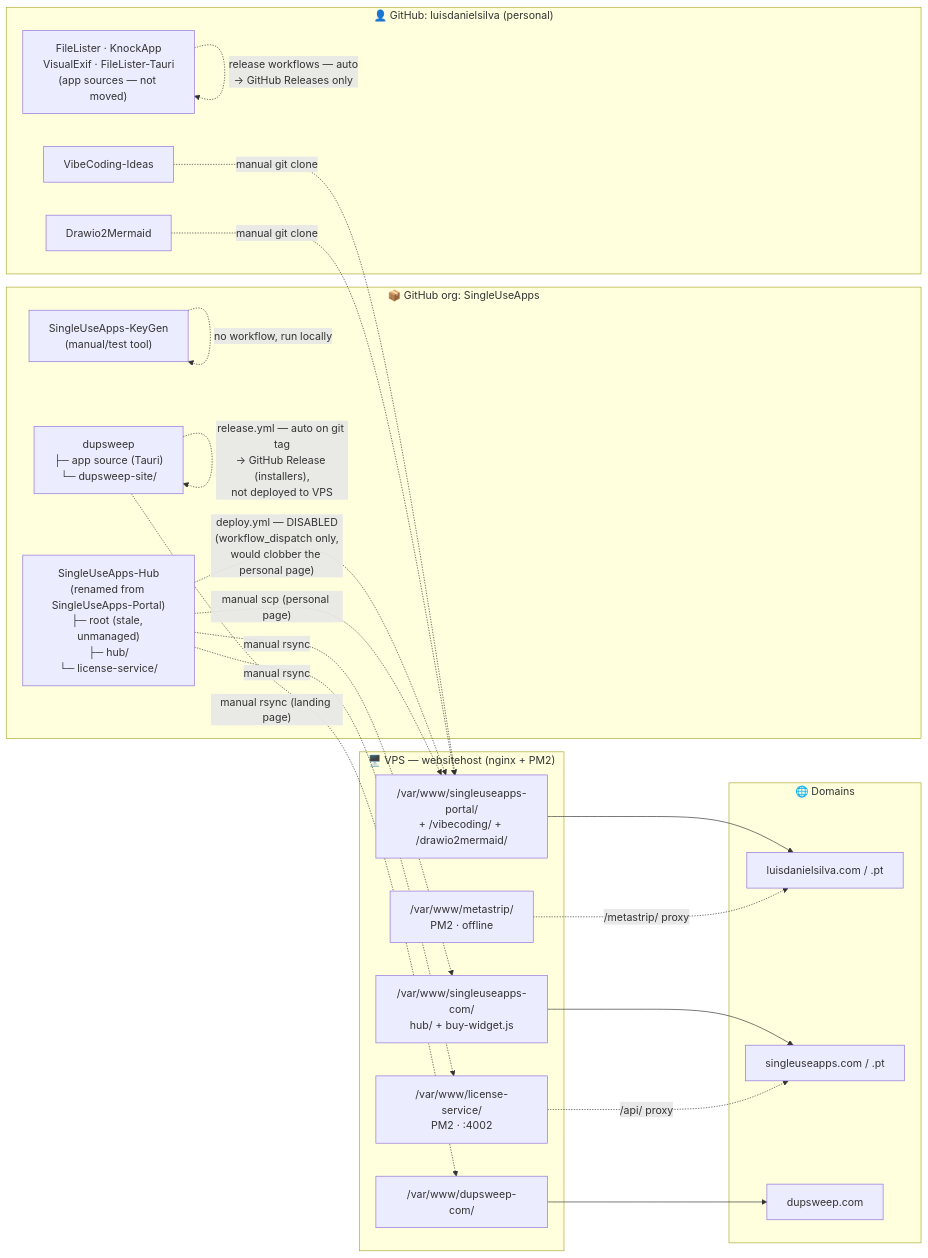
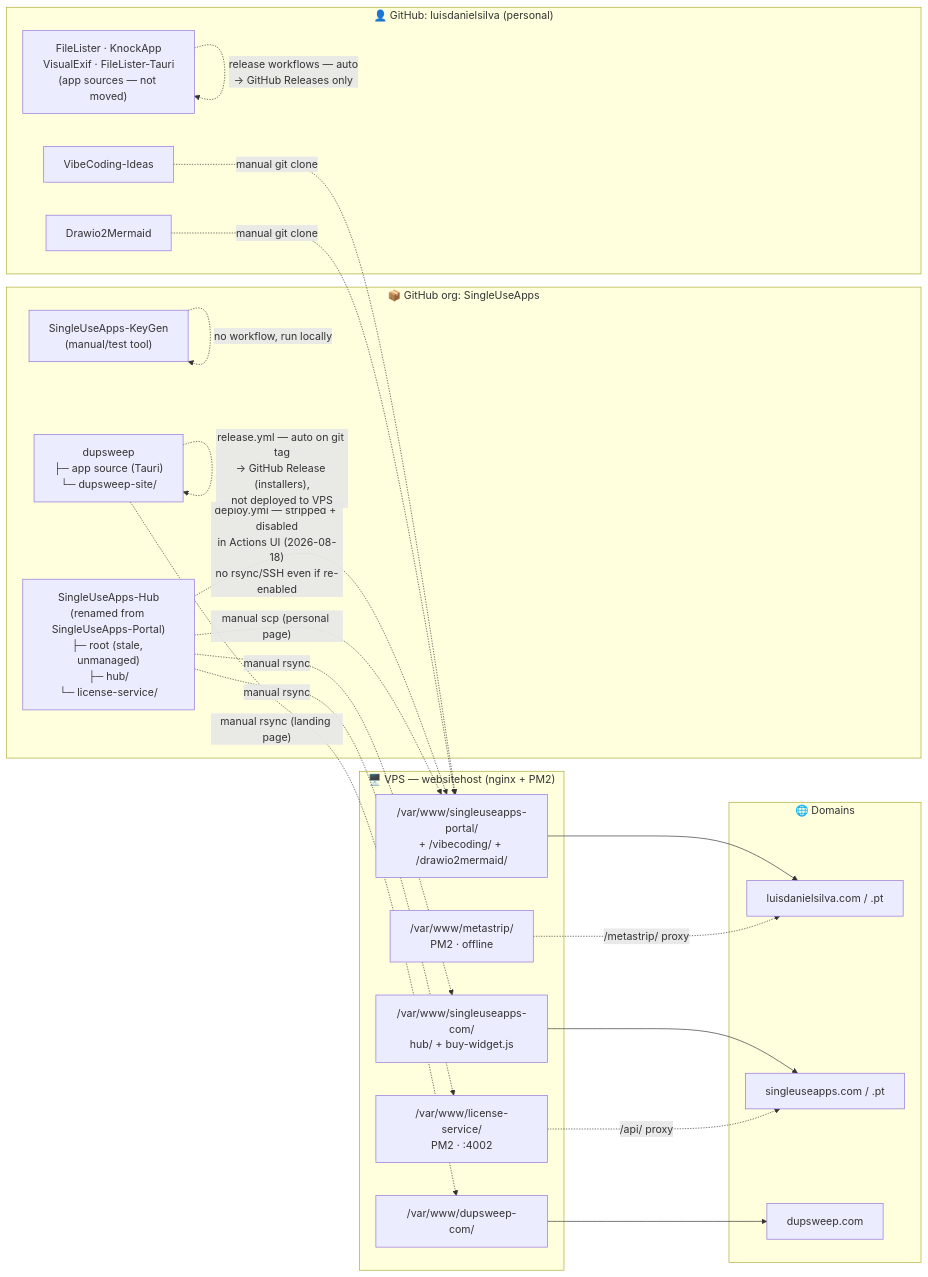
Before and after one commit to SingleUseApps/SingleUseApps-Hub: the second of 2 diagrams in plan - singleuseappsportal.md, drawn with Mermaid. The commit also changed other lines of this file, not shown here.

First line of the commit message:
docs: refresh plan to current org and disabled workflows

````diff
--- a/plan - singleuseappsportal.md
+++ b/plan - singleuseappsportal.md
@@ -290,46 +296,46 @@
 ```mermaid
 flowchart LR
     subgraph Org["📦 GitHub org: SingleUseApps"]
         Hub["SingleUseApps-Hub<br/>(renamed from SingleUseApps-Portal)<br/>├─ root (stale, unmanaged)<br/>├─ hub/<br/>└─ license-service/"]
         DupSweepRepo["dupsweep<br/>├─ app source (Tauri)<br/>└─ dupsweep-site/"]
         KeyGenRepo["SingleUseApps-KeyGen<br/>(manual/test tool)"]
     end
 
     subgraph Personal["👤 GitHub: luisdanielsilva (personal)"]
         OtherApps["FileLister · KnockApp<br/>VisualExif · FileLister-Tauri<br/>(app sources — not moved)"]
         VibeRepo["VibeCoding-Ideas"]
         DrawioRepo["Drawio2Mermaid"]
     end
 
     subgraph VPS["🖥️ VPS — websitehost (nginx + PM2)"]
         PortalDir["/var/www/singleuseapps-portal/<br/>+ /vibecoding/ + /drawio2mermaid/"]
         HubDir["/var/www/singleuseapps-com/<br/>hub/ + buy-widget.js"]
         LicenseDir["/var/www/license-service/<br/>PM2 · :4002"]
         MetaDir["/var/www/metastrip/<br/>PM2 · offline"]
         DupSweepDir["/var/www/dupsweep-com/"]
     end
 
     subgraph Domains["🌐 Domains"]
         LDS["luisdanielsilva.com / .pt"]
         SUA["singleuseapps.com / .pt"]
         DS["dupsweep.com"]
     end
 
-    Hub -."deploy.yml — DISABLED<br/>(workflow_dispatch only,<br/>would clobber the personal page)".-> PortalDir
+    Hub -."deploy.yml — stripped + disabled<br/>in Actions UI (2026-08-18)<br/>no rsync/SSH even if re-enabled".-> PortalDir
     Hub -."manual scp (personal page)".-> PortalDir
     Hub -."manual rsync".-> HubDir
     Hub -."manual rsync".-> LicenseDir
     DupSweepRepo -."manual rsync (landing page)".-> DupSweepDir
     VibeRepo -."manual git clone".-> PortalDir
     DrawioRepo -."manual git clone".-> PortalDir
 
     DupSweepRepo -."release.yml — auto on git tag<br/>→ GitHub Release (installers),<br/>not deployed to VPS" .-> DupSweepRepo
     OtherApps -."release workflows — auto<br/>→ GitHub Releases only" .-> OtherApps
     KeyGenRepo -."no workflow, run locally" .-> KeyGenRepo
 
     PortalDir --> LDS
     HubDir --> SUA
     LicenseDir -."/api/ proxy" .-> SUA
     MetaDir -."/metastrip/ proxy" .-> LDS
     DupSweepDir --> DS
 ```
````
